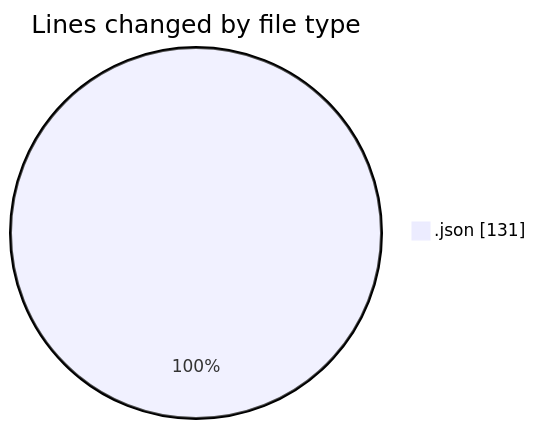
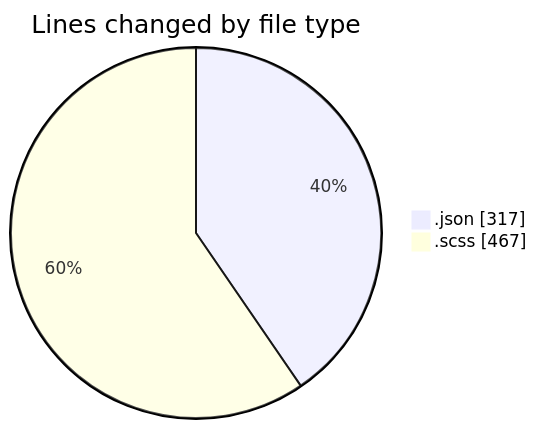
Before and after one commit to momahboobian/code-tracking: the first of 2 diagrams in 2026-08-12/cda/README.md, drawn with Mermaid. The commit also changed other lines of this file and 1 other file, not shown here.

````diff
--- a/2026-08-12/cda/README.md
+++ b/2026-08-12/cda/README.md
@@ -21,5 +25,6 @@
 ```mermaid
 pie showData
 title Lines changed by file type
-".json" : 131
+".json" : 317
+".scss" : 467
 ```
````
